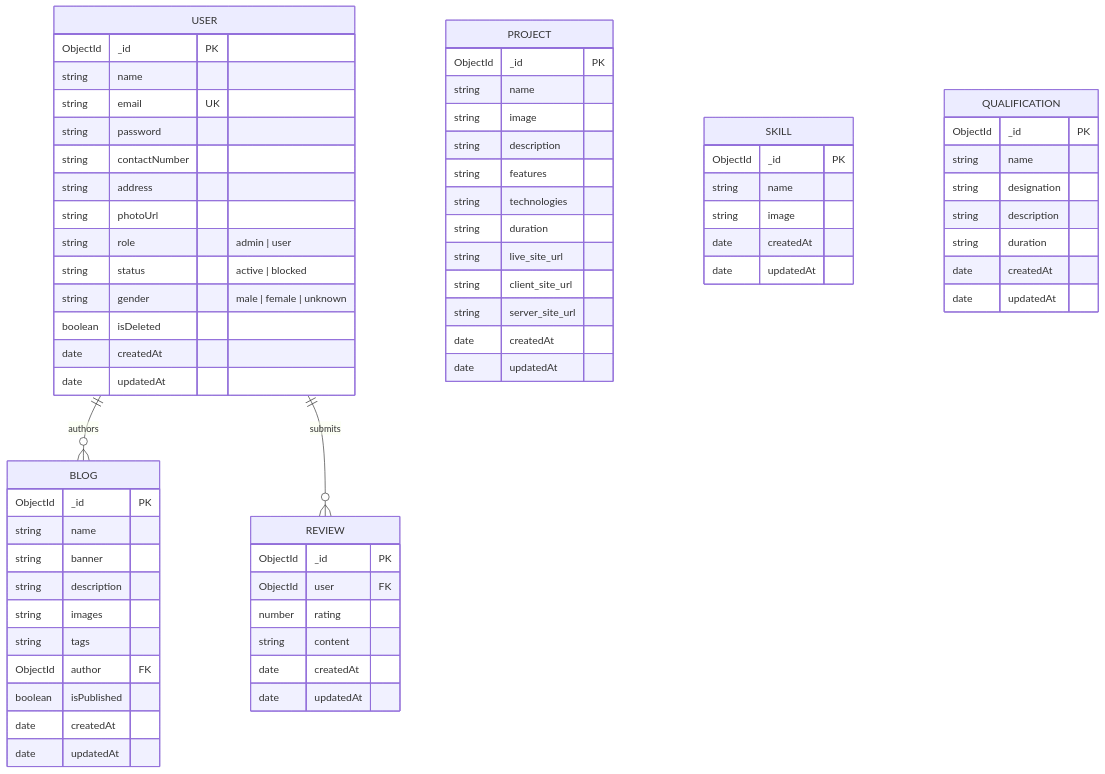
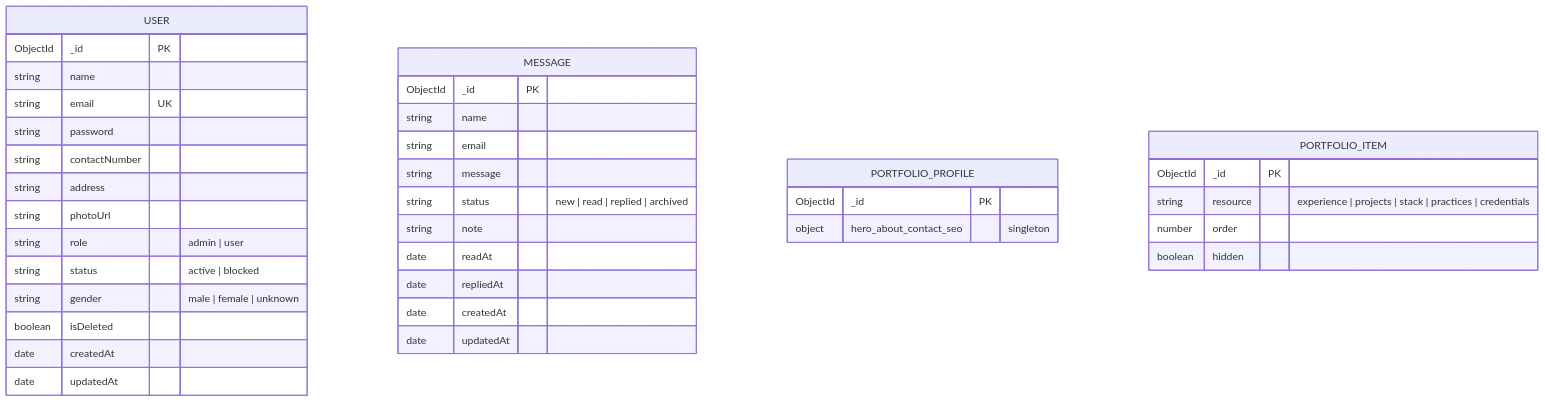
One commit to emonhassan83/portfolio changed the third of 3 diagrams in docs/ARCHITECTURE.md. Above: the diagram before and after it, drawn with Mermaid. The commit also changed other lines of this file and 145 other files, not shown here.

````diff
--- a/docs/ARCHITECTURE.md
+++ b/docs/ARCHITECTURE.md
@@ -70,76 +70,43 @@
 ```mermaid
 erDiagram
-    USER ||--o{ BLOG : "authors"
-    USER ||--o{ REVIEW : "submits"
-
     USER {
         ObjectId _id PK
         string name
         string email UK
         string password
         string contactNumber
         string address
         string photoUrl
         string role "admin | user"
         string status "active | blocked"
         string gender "male | female | unknown"
         boolean isDeleted
         date createdAt
         date updatedAt
     }
 
-    PROJECT {
+    MESSAGE {
         ObjectId _id PK
         string name
-        string image
-        string description
-        string features
-        string technologies
-        string duration
-        string live_site_url
-        string client_site_url
-        string server_site_url
+        string email
+        string message
+        string status "new | read | replied | archived"
+        string note
+        date readAt
+        date repliedAt
         date createdAt
         date updatedAt
     }
 
-    BLOG {
+    PORTFOLIO_PROFILE {
         ObjectId _id PK
-        string name
-        string banner
-        string description
-        string images
-        string tags
-        ObjectId author FK
-        boolean isPublished
-        date createdAt
-        date updatedAt
+        object hero_about_contact_seo "singleton"
     }
 
-    SKILL {
+    PORTFOLIO_ITEM {
         ObjectId _id PK
-        string name
-        string image
-        date createdAt
-        date updatedAt
-    }
-
-    QUALIFICATION {
-        ObjectId _id PK
-        string name
-        string designation
-        string description
-        string duration
-        date createdAt
-        date updatedAt
-    }
-
-    REVIEW {
-        ObjectId _id PK
-        ObjectId user FK
-        number rating
-        string content
-        date createdAt
-        date updatedAt
+        string resource "experience | projects | stack | practices | credentials"
+        number order
+        boolean hidden
     }
 ```
````
